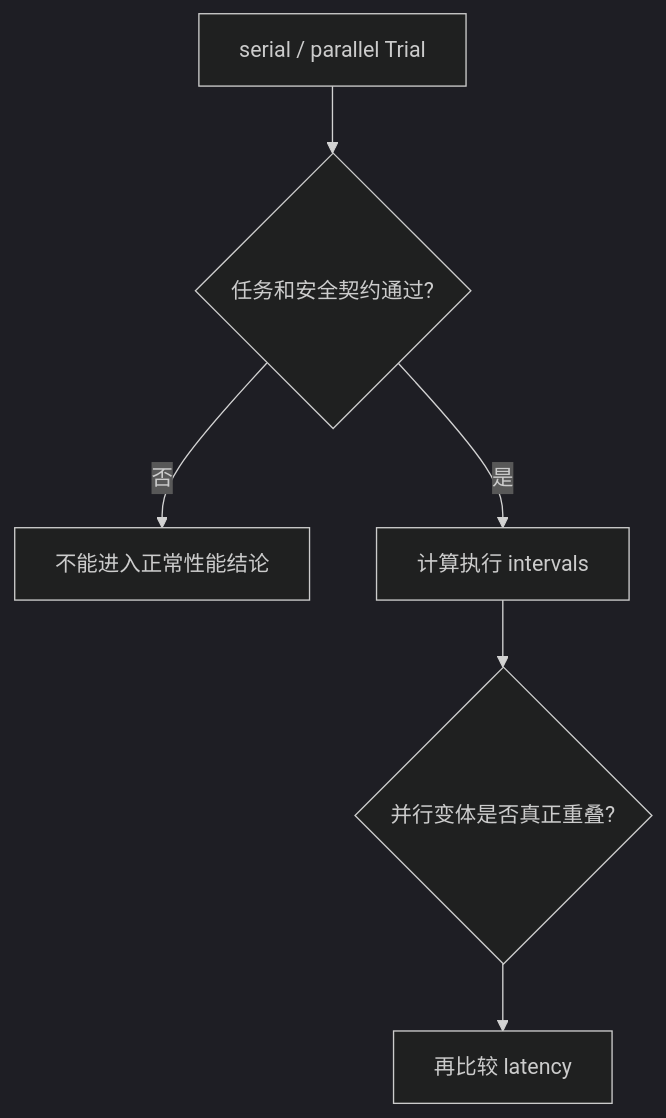
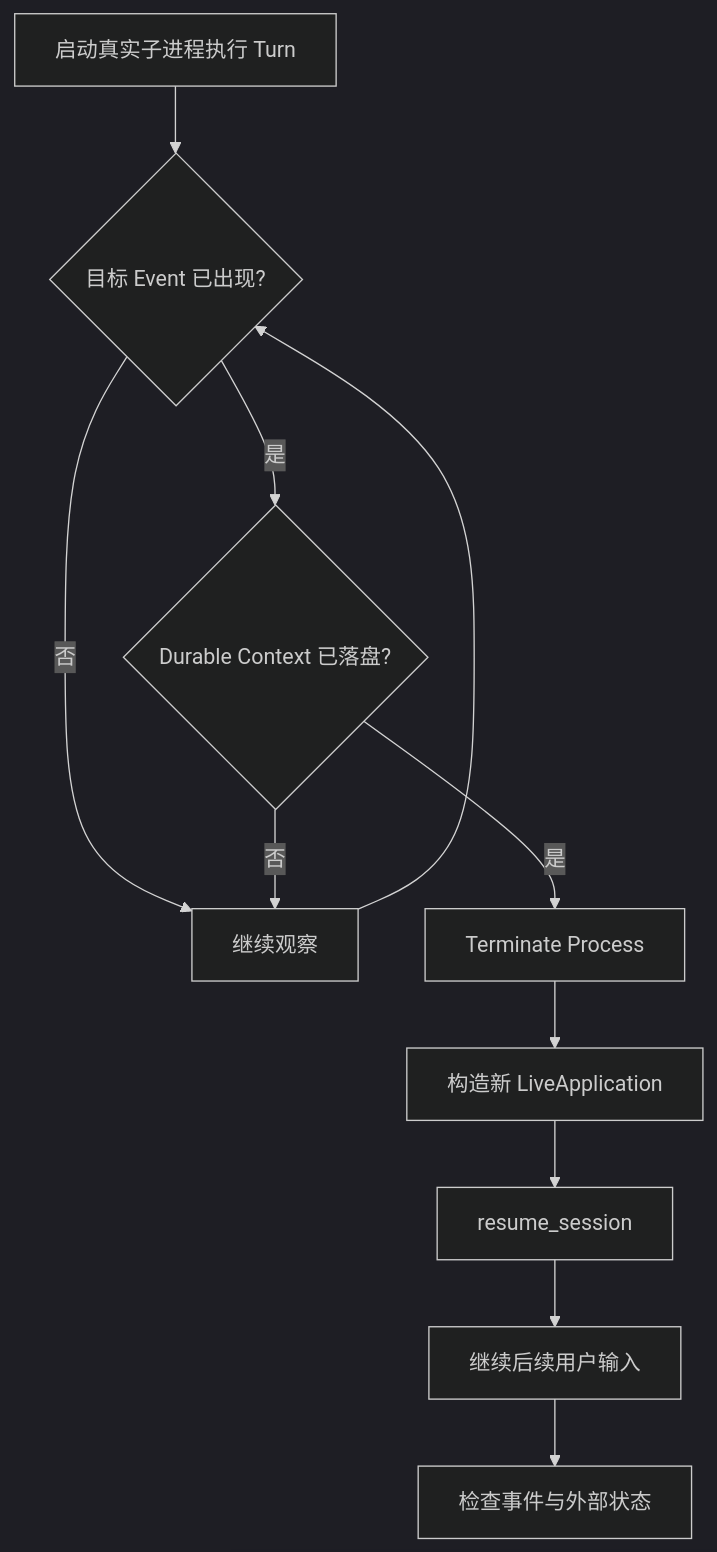
One commit to Arthur999459up/GitAgent changed the tenth of 14 diagrams in docs/14-evaluation-design.md. Above: the diagram before and after it, drawn with Mermaid (dark theme). The commit also changed other lines of this file and 16 other files, not shown here.

````diff
--- a/docs/14-evaluation-design.md
+++ b/docs/14-evaluation-design.md
@@ -460,8 +717,13 @@
 ```mermaid
 flowchart TD
-    S[serial / parallel Trial] --> C{任务和安全契约通过?}
-    C -->|否| F[不能进入正常性能结论]
-    C -->|是| I[计算执行 intervals]
-    I --> P{并行变体是否真正重叠?}
-    P --> M[再比较 latency]
+    R[启动真实子进程执行 Turn] --> E{目标 Event 已出现?}
+    E -->|否| W[继续观察]
+    W --> E
+    E -->|是| D{Durable Context 已落盘?}
+    D -->|否| W
+    D -->|是| K[Terminate Process]
+    K --> N[构造新 LiveApplication]
+    N --> S[resume_session]
+    S --> U[继续后续用户输入]
+    U --> G[检查事件与外部状态]
 ```
````
